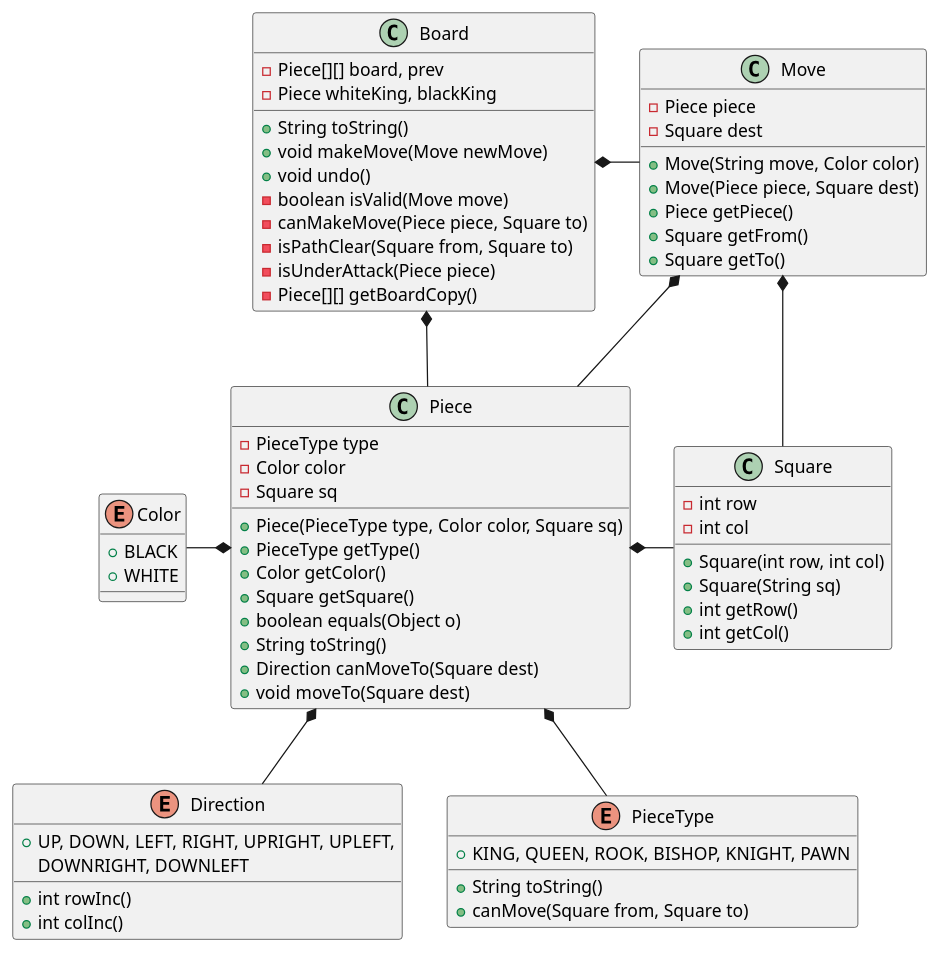
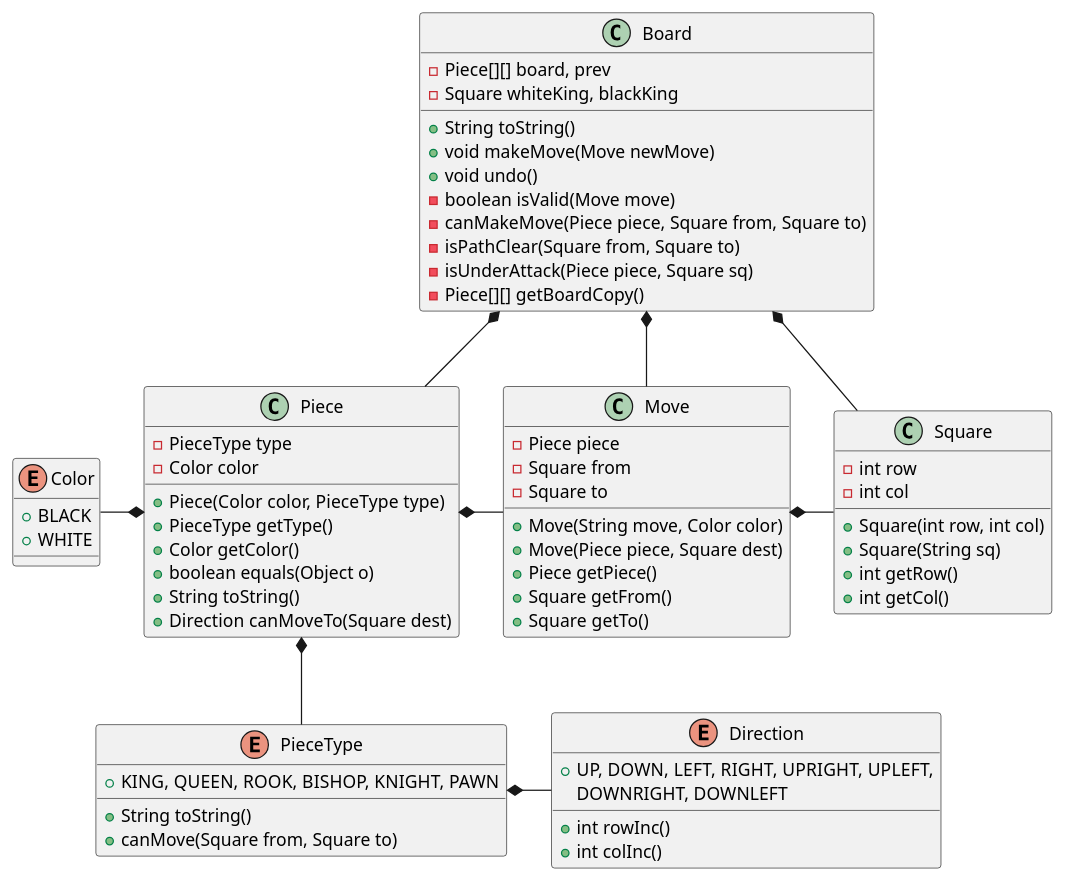
The diagram in src/Chess/utils/Chess_diagram.puml (rodrihern/POO-ITBA), drawn with PlantUML before and after one commit. The commit also changed 4 other files, not shown here.

Commit message:
made board constructor and redesigned Piece

```diff
--- a/src/Chess/utils/Chess_diagram.puml
+++ b/src/Chess/utils/Chess_diagram.puml
@@ -1,77 +1,75 @@
 @startuml
 
 
 class Board {
     -Piece[][] board, prev
-    -Piece whiteKing, blackKing
+    -Square whiteKing, blackKing
     +String toString()
     +void makeMove(Move newMove)
     +void undo()
     -boolean isValid(Move move)
-    -canMakeMove(Piece piece, Square to)
+    -canMakeMove(Piece piece, Square from, Square to)
     -isPathClear(Square from, Square to)
-    -isUnderAttack(Piece piece)
+    -isUnderAttack(Piece piece, Square sq)
     -Piece[][] getBoardCopy()
 }
 
 class Piece {
     -PieceType type
     -Color color
-    -Square sq
-    +Piece(PieceType type, Color color, Square sq)
+    +Piece(Color color, PieceType type)
     +PieceType getType()
     +Color getColor()
-    +Square getSquare()
     +boolean equals(Object o)
     +String toString()
     +Direction canMoveTo(Square dest)
-    +void moveTo(Square dest)
 }
 
 class Move {
     -Piece piece
-    -Square dest
+    -Square from
+    -Square to
     +Move(String move, Color color)
     +Move(Piece piece, Square dest)
     +Piece getPiece()
     +Square getFrom()
     +Square getTo()
 }
 
 class Square {
     -int row
     -int col
     +Square(int row, int col)
     +Square(String sq)
     +int getRow()
     +int getCol()
 }
 
 enum Color {
     +BLACK
     +WHITE
 }
 
 enum Direction {
     +UP, DOWN, LEFT, RIGHT, UPRIGHT, UPLEFT,
     DOWNRIGHT, DOWNLEFT
     +int rowInc()
     +int colInc()
 }
 
 enum PieceType {
     +KING, QUEEN, ROOK, BISHOP, KNIGHT, PAWN
     +String toString()
     +canMove(Square from, Square to)
 }
 
 Board *- Move
+Board *-- Square
 Move *- Square
-Move *-- Piece
-Board *- Piece
-Piece *- Square
+Piece *- Move
+Board *-- Piece
 Piece *-- PieceType
-Piece *-- Direction
+PieceType *- Direction
 Color -* Piece
 
 @enduml
```
